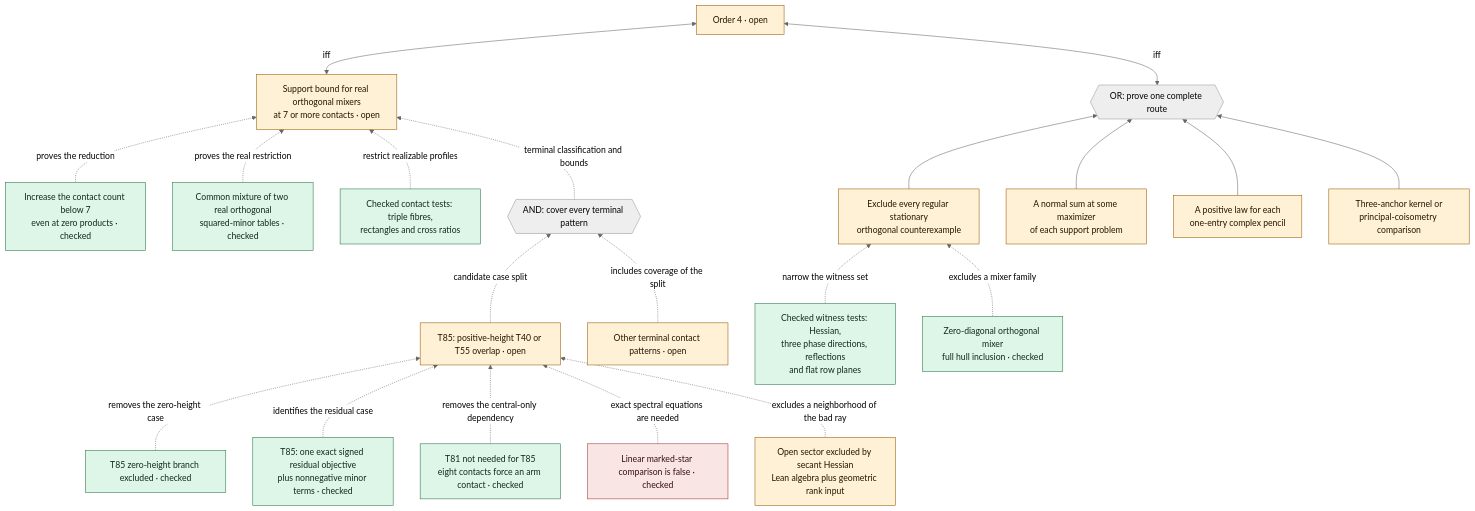
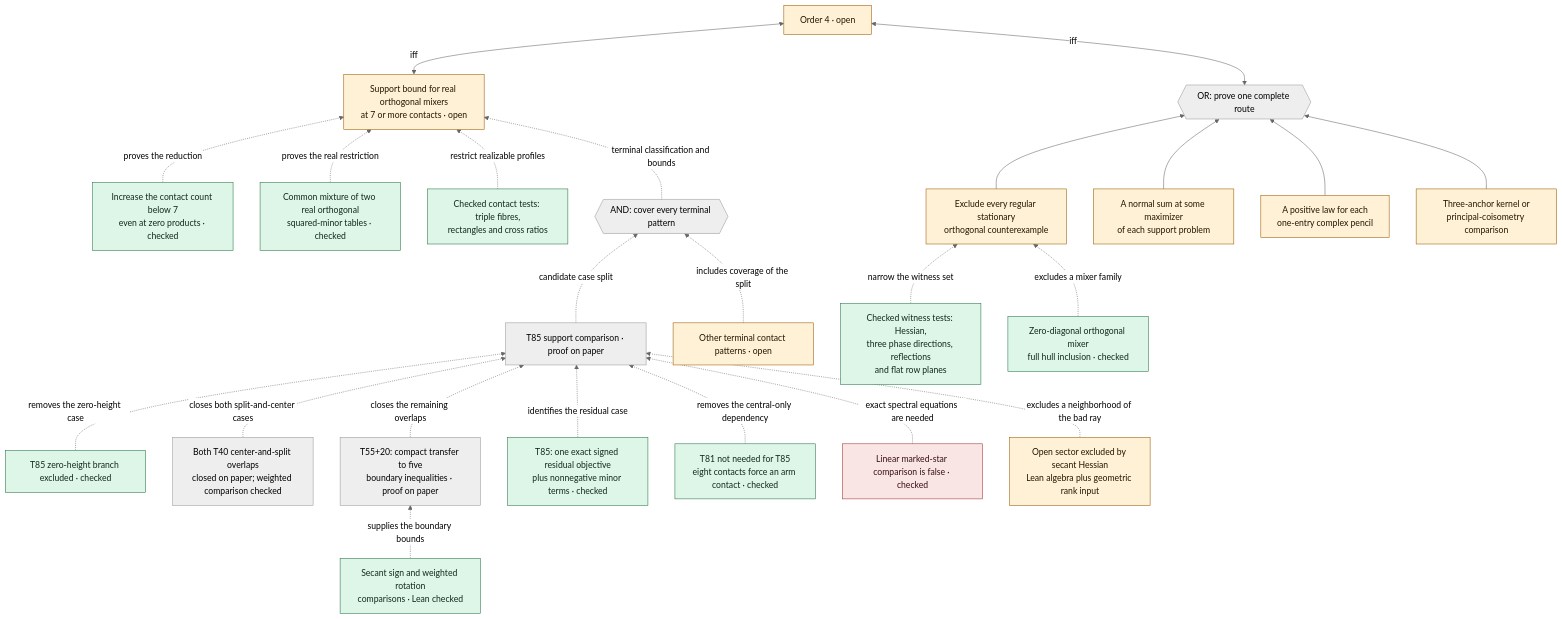
Before and after one commit to ascendnoosphere/MOC: the second of 5 diagrams in Lean/ProofTree.md, drawn with Mermaid (neutral theme). The commit also changed other lines of this file and 13 other files, not shown here.

````diff
--- a/Lean/ProofTree.md
+++ b/Lean/ProofTree.md
@@ -72,45 +72,51 @@
 ```mermaid
 flowchart BT
     FOUR["Order 4 · open"]:::open
     OR4{{"OR: prove one complete route"}}
     WITNESS["Exclude every regular stationary<br/>orthogonal counterexample"]:::open
     NORMAL["A normal sum at some maximizer<br/>of each support problem"]:::open
     PENCIL["A positive law for each<br/>one-entry complex pencil"]:::open
     CHART["Three-anchor kernel or<br/>principal-coisometry comparison"]:::open
     TRANSFER["Increase the contact count below 7<br/>even at zero products · checked"]:::checked
     SEVEN["Support bound for real orthogonal mixers<br/>at 7 or more contacts · open"]:::open
     TWO["Common mixture of two real orthogonal<br/>squared-minor tables · checked"]:::checked
     TESTS["Checked witness tests: Hessian,<br/>three phase directions, reflections<br/>and flat row planes"]:::checked
     ZERO["Zero-diagonal orthogonal mixer<br/>full hull inclusion · checked"]:::checked
     PHASE["Checked contact tests: triple fibres,<br/>rectangles and cross ratios"]:::checked
-    T85["T85: positive-height T40 or T55 overlap · open"]:::open
+    T85["T85 support comparison · proof on paper"]
+    T55OVER["T55+20: compact transfer to five<br/>boundary inequalities · proof on paper"]
+    SECB["Secant sign and weighted rotation<br/>comparisons · Lean checked"]:::checked
+    T40OVER["Both T40 center-and-split overlaps<br/>closed on paper; weighted comparison checked"]
     BYPASS["T81 not needed for T85<br/>eight contacts force an arm contact · checked"]:::checked
     OTHERS["Other terminal contact patterns · open"]:::open
     COVER{{"AND: cover every terminal pattern"}}
     STAR["T85: one exact signed residual objective<br/>plus nonnegative minor terms · checked"]:::checked
     NOGO["Linear marked-star comparison is false · checked"]:::blocked
     SEC["Open sector excluded by secant Hessian<br/>Lean algebra plus geometric rank input"]:::open
     PAIRED["T85 zero-height branch excluded · checked"]:::checked
     WITNESS --> OR4
     NORMAL --> OR4
     PENCIL --> OR4
     CHART --> OR4
     TRANSFER -. proves the reduction .-> SEVEN
     TWO -. proves the real restriction .-> SEVEN
     SEVEN <-->|iff| FOUR
     TESTS -. narrow the witness set .-> WITNESS
     ZERO -. excludes a mixer family .-> WITNESS
     PHASE -. restrict realizable profiles .-> SEVEN
     PAIRED -. removes the zero-height case .-> T85
+    T40OVER -. closes both split-and-center cases .-> T85
+    T55OVER -. closes the remaining overlaps .-> T85
+    SECB -. supplies the boundary bounds .-> T55OVER
     STAR -. identifies the residual case .-> T85
     BYPASS -. removes the central-only dependency .-> T85
     NOGO -. exact spectral equations are needed .-> T85
     SEC -. excludes a neighborhood of the bad ray .-> T85
     T85 -. candidate case split .-> COVER
     OTHERS -. includes coverage of the split .-> COVER
     COVER -. terminal classification and bounds .-> SEVEN
     OR4 <-->|iff| FOUR
     classDef open fill:#fff1d6,stroke:#9a5900,color:#231500
     classDef checked fill:#ddf6e7,stroke:#287348,color:#10291a
     classDef blocked fill:#fae5e5,stroke:#a33434,color:#361010
 ```
````
